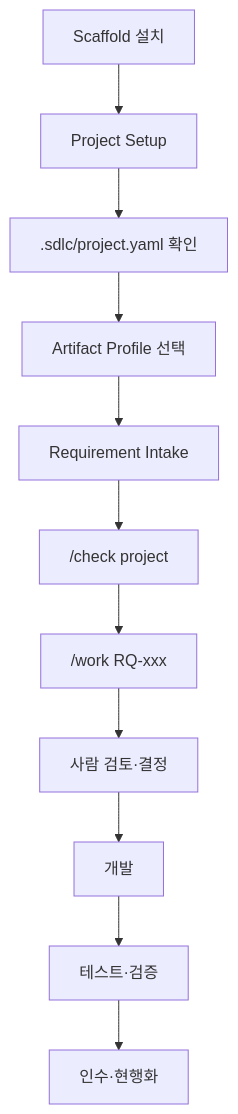
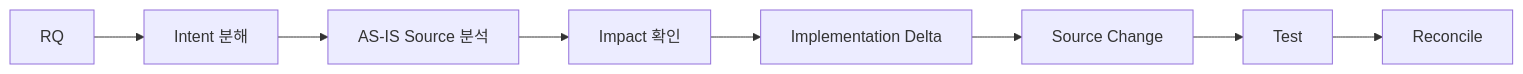
One commit to Seunghyun0606/SDLC_DDD_SDD changed the diagram in docs/00_시작/START_HERE.md. Above: the diagram before and after it, drawn with Mermaid. The commit also changed other lines of this file, not shown here.

````diff
--- a/docs/00_시작/START_HERE.md
+++ b/docs/00_시작/START_HERE.md
@@ -30,13 +27,5 @@
 ```mermaid
-flowchart TD
-    S["Scaffold 설치"] --> SET["Project Setup"]
-    SET --> CONF[".sdlc/project.yaml 확인"]
-    CONF --> T["Artifact Profile 선택"]
-    T --> I["Requirement Intake"]
-    I --> C["/check project"]
-    C --> W["/work RQ-xxx"]
-    W --> R["사람 검토·결정"]
-    R --> D["개발"]
-    D --> V["테스트·검증"]
-    V --> A["인수·현행화"]
+flowchart LR
+    R["RQ"] --> I["Intent 분해"] --> S["AS-IS Source 분석"] --> P["Impact 확인"]
+    P --> D["Implementation Delta"] --> C["Source Change"] --> T["Test"] --> X["Reconcile"]
 ```
````
